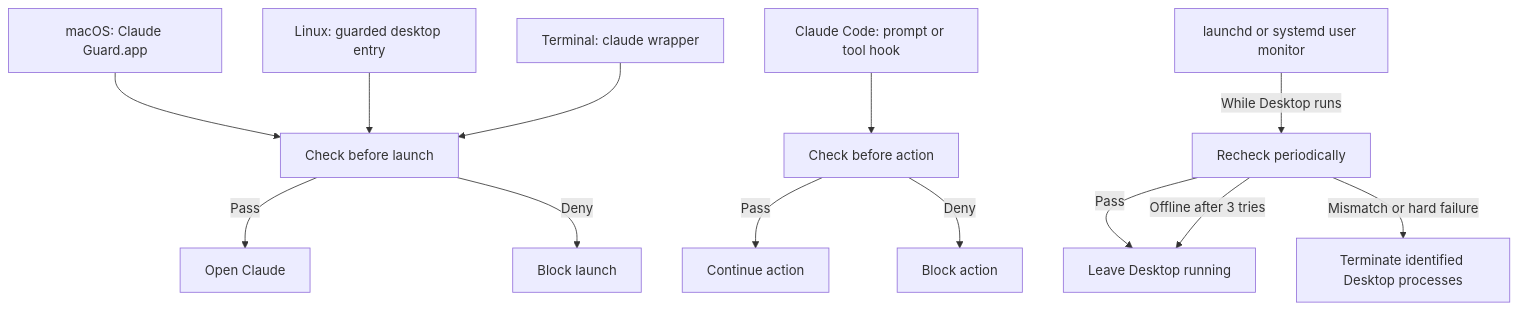
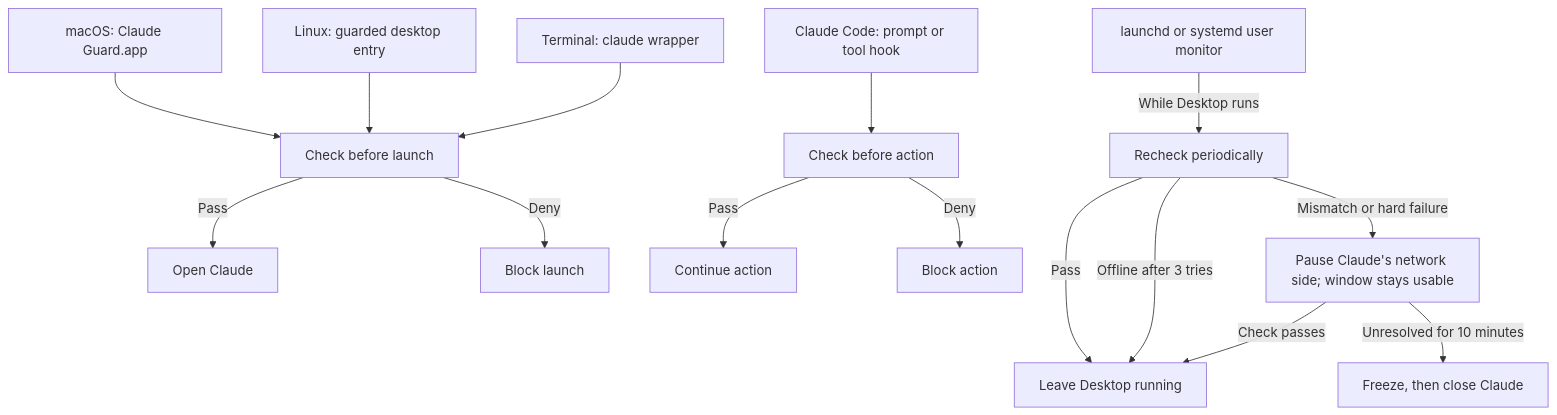
One commit to mhbahmani/Claude-Geo-Guard changed the diagram in README.md. Above: the diagram before and after it, drawn with Mermaid. The commit also changed other lines of this file and 19 other files, not shown here.

Commit message:
feat: pause and contain Claude on policy failures

````diff
--- a/README.md
+++ b/README.md
@@ -57,17 +57,19 @@
 ```mermaid
 flowchart TD
     Mac["macOS: Claude Guard.app"] --> Launch["Check before launch"]
     Linux["Linux: guarded desktop entry"] --> Launch
     CLI["Terminal: claude wrapper"] --> Launch
     Launch -->|Pass| Start["Open Claude"]
     Launch -->|Deny| Block["Block launch"]
 
     Hook["Claude Code: prompt or tool hook"] --> Action["Check before action"]
     Action -->|Pass| Allow["Continue action"]
     Action -->|Deny| Reject["Block action"]
 
     Monitor["launchd or systemd user monitor"] -->|While Desktop runs| Recheck["Recheck periodically"]
     Recheck -->|Pass| Keep["Leave Desktop running"]
     Recheck -->|Offline after 3 tries| Keep
-    Recheck -->|Mismatch or hard failure| Stop["Terminate identified Desktop processes"]
+    Recheck -->|Mismatch or hard failure| Pause["Pause Claude's network side; window stays usable"]
+    Pause -->|Check passes| Keep
+    Pause -->|Unresolved for 10 minutes| Stop["Freeze, then close Claude"]
 ```
````
